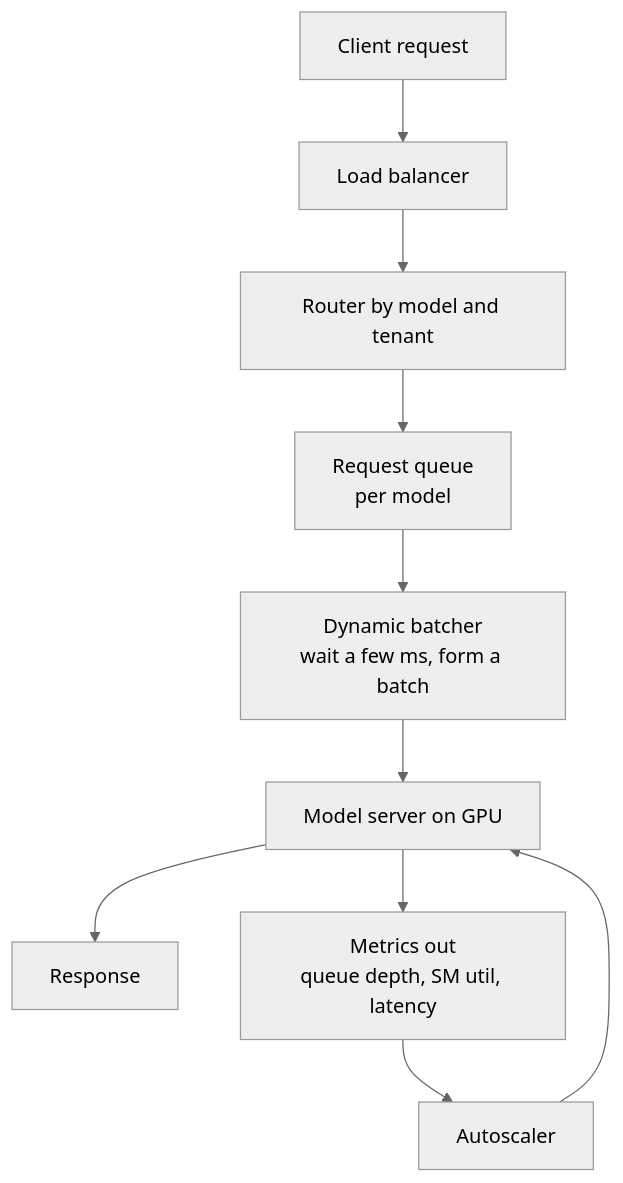
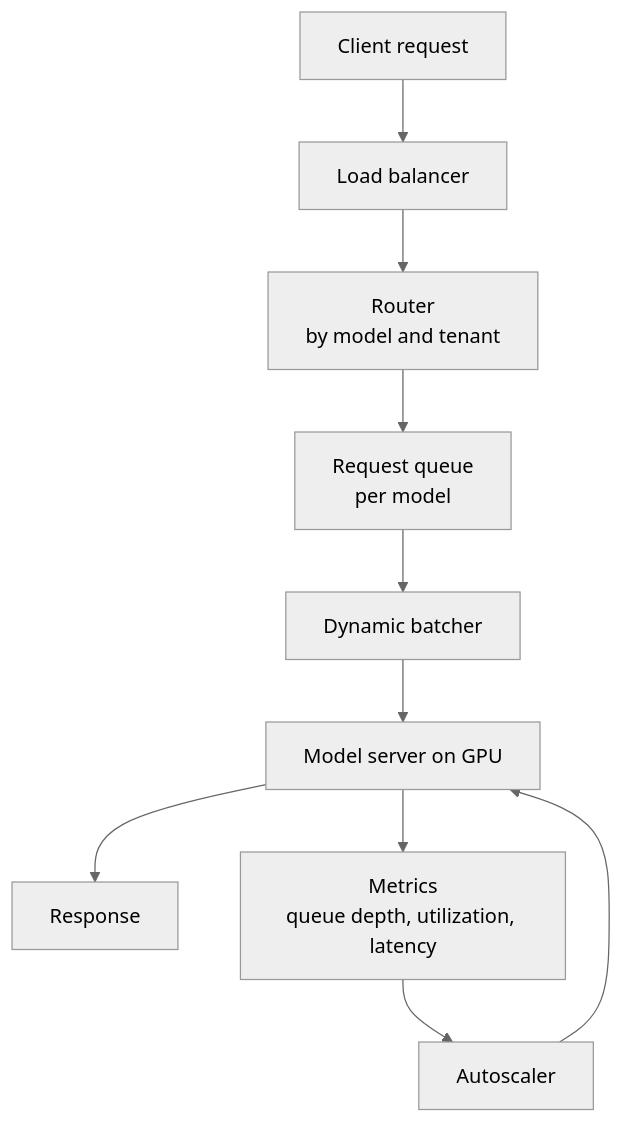
The first of 5 diagrams in systems_design/04-serving-and-artifacts.md (arpanpathak/cracking-the-systems-programming-interview), drawn with Mermaid (neutral theme) before and after one commit. The commit also changed other lines of this file and 6 other files, not shown here.

````diff
--- a/systems_design/04-serving-and-artifacts.md
+++ b/systems_design/04-serving-and-artifacts.md
@@ -19,12 +8,12 @@
 ```mermaid
 flowchart TB
     REQ["Client request"] --> LB["Load balancer"]
-    LB --> RTR["Router by model and tenant"]
+    LB --> RTR["Router<br/>by model and tenant"]
     RTR --> Q["Request queue<br/>per model"]
-    Q --> BAT["Dynamic batcher<br/>wait a few ms, form a batch"]
+    Q --> BAT["Dynamic batcher"]
     BAT --> MS["Model server on GPU"]
     MS --> RESP["Response"]
-    MS --> MET["Metrics out<br/>queue depth, SM util, latency"]
-    MET --> AUTOSC["Autoscaler"]
-    AUTOSC --> MS
+    MS --> MET["Metrics<br/>queue depth, utilization, latency"]
+    MET --> AUTO["Autoscaler"]
+    AUTO --> MS
 ```
````
